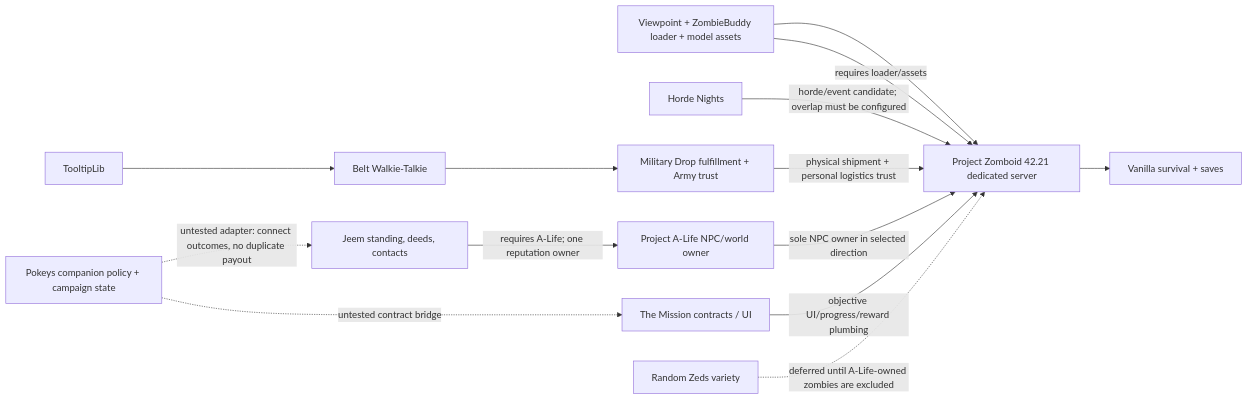
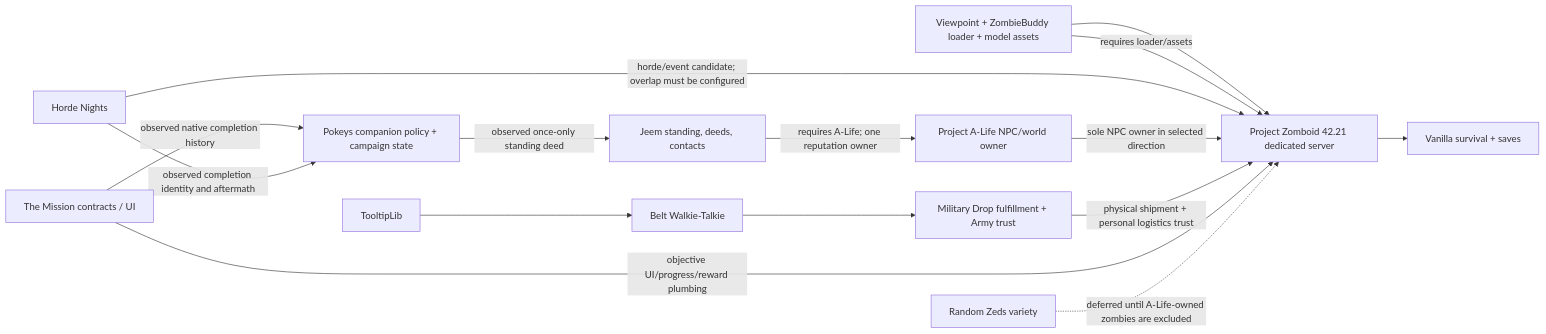
One commit to adrik0622/pokeys-100-days-gone changed the first of 4 diagrams in docs/V2_V3_MODPACK_REPORT.md. Above: the diagram before and after it, drawn with Mermaid. The commit also changed other lines of this file and 13 other files, not shown here.

````diff
--- a/docs/V2_V3_MODPACK_REPORT.md
+++ b/docs/V2_V3_MODPACK_REPORT.md
@@ -36,27 +38,28 @@
 ```mermaid
 flowchart LR
   PZ[Project Zomboid 42.21 dedicated server]
   V1[Vanilla survival + saves]
   VP[Viewpoint + ZombieBuddy loader + model assets]
   HN[Horde Nights]
   AL[Project A-Life NPC/world owner]
   J[Jeem standing, deeds, contacts]
   MD[Military Drop fulfillment + Army trust]
   BR[Belt Walkie-Talkie]
   TL[TooltipLib]
   TM[The Mission contracts / UI]
   PK[Pokeys companion policy + campaign state]
   RZ[Random Zeds variety]
   PZ --> V1
   VP --> PZ
   VP -->|requires loader/assets| PZ
   HN -->|horde/event candidate; overlap must be configured| PZ
   AL -->|sole NPC owner in selected direction| PZ
   J -->|requires A-Life; one reputation owner| AL
   TL --> BR --> MD
   MD -->|physical shipment + personal logistics trust| PZ
   TM -->|objective UI/progress/reward plumbing| PZ
-  PK -.->|untested adapter: connect outcomes, no duplicate payout| J
-  PK -.->|untested contract bridge| TM
+  TM -->|observed native completion history| PK
+  PK -->|observed once-only standing deed| J
+  HN -->|observed completion identity and aftermath| PK
   RZ -.->|deferred until A-Life-owned zombies are excluded| PZ
 ```
````
